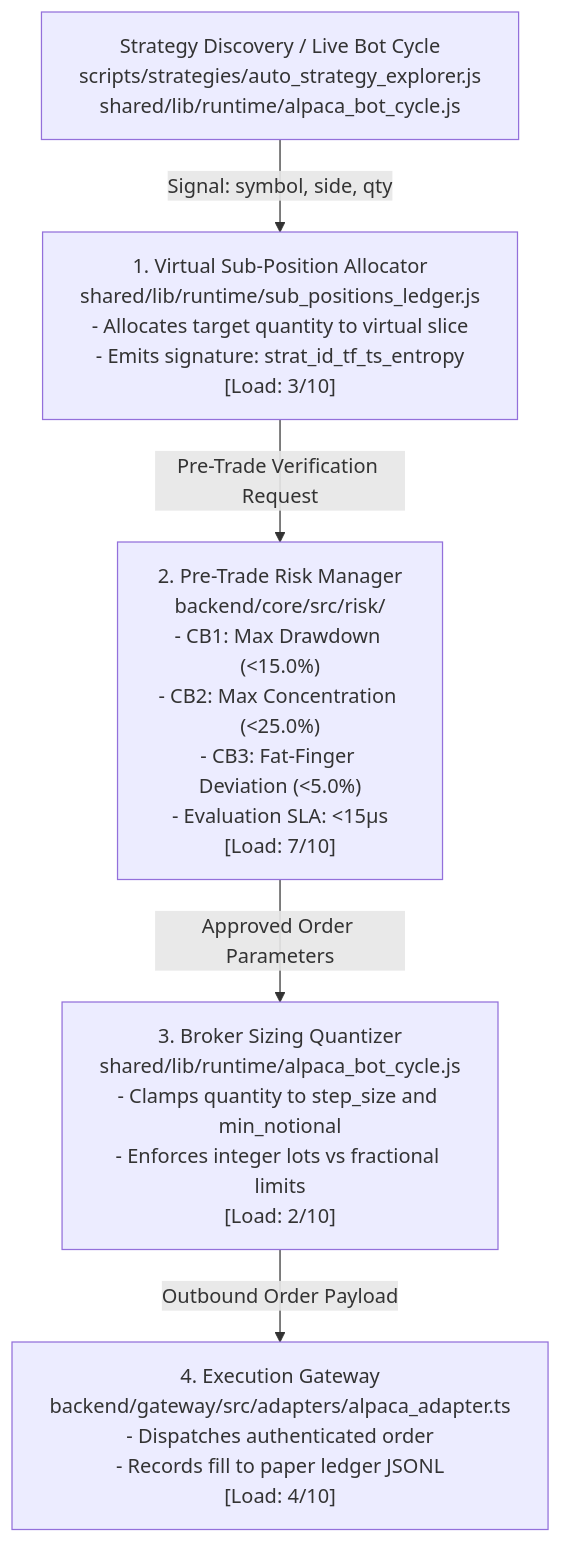
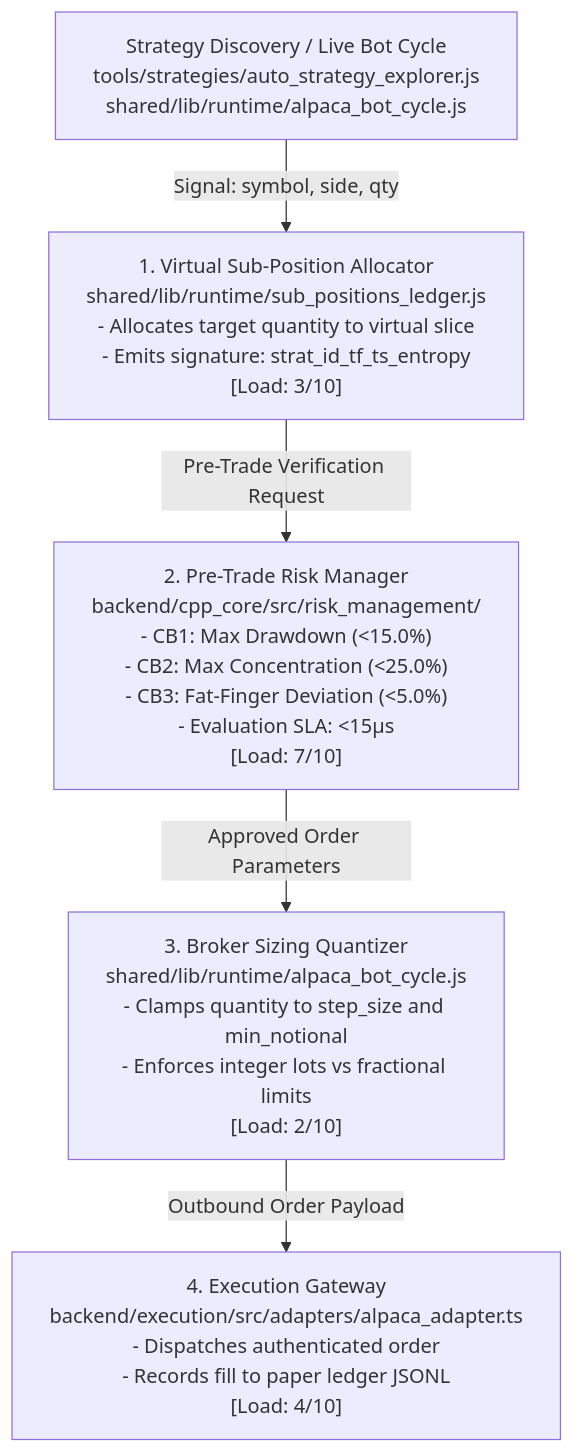
Before and after one commit to vgbn2/personal_finance_draft: the third of 3 diagrams in docs/engineering/architecture/01_ARCHITECTURE_AND_CODEBASE.md, drawn with Mermaid. The commit also changed other lines of this file and 178 other files, not shown here.

First line of the commit message:
fix(core,execution,docs): remediate #70-#76, debloat docs, and enforce contracts

````diff
--- a/docs/engineering/architecture/01_ARCHITECTURE_AND_CODEBASE.md
+++ b/docs/engineering/architecture/01_ARCHITECTURE_AND_CODEBASE.md
@@ -96,13 +96,13 @@
 ```mermaid
 flowchart TD
-    BOT["Strategy Discovery / Live Bot Cycle<br/>scripts/strategies/auto_strategy_explorer.js<br/>shared/lib/runtime/alpaca_bot_cycle.js"]
+    BOT["Strategy Discovery / Live Bot Cycle<br/>tools/strategies/auto_strategy_explorer.js<br/>shared/lib/runtime/alpaca_bot_cycle.js"]
     ALLOC["1. Virtual Sub-Position Allocator<br/>shared/lib/runtime/sub_positions_ledger.js<br/>- Allocates target quantity to virtual slice<br/>- Emits signature: strat_id_tf_ts_entropy<br/>[Load: 3/10]"]
-    RISK["2. Pre-Trade Risk Manager<br/>backend/core/src/risk/<br/>- CB1: Max Drawdown (<15.0%)<br/>- CB2: Max Concentration (<25.0%)<br/>- CB3: Fat-Finger Deviation (<5.0%)<br/>- Evaluation SLA: <15µs<br/>[Load: 7/10]"]
+    RISK["2. Pre-Trade Risk Manager<br/>backend/cpp_core/src/risk_management/<br/>- CB1: Max Drawdown (<15.0%)<br/>- CB2: Max Concentration (<25.0%)<br/>- CB3: Fat-Finger Deviation (<5.0%)<br/>- Evaluation SLA: <15µs<br/>[Load: 7/10]"]
     QUANT["3. Broker Sizing Quantizer<br/>shared/lib/runtime/alpaca_bot_cycle.js<br/>- Clamps quantity to step_size and min_notional<br/>- Enforces integer lots vs fractional limits<br/>[Load: 2/10]"]
-    GATEWAY["4. Execution Gateway<br/>backend/gateway/src/adapters/alpaca_adapter.ts<br/>- Dispatches authenticated order<br/>- Records fill to paper ledger JSONL<br/>[Load: 4/10]"]
+    GATEWAY["4. Execution Gateway<br/>backend/execution/src/adapters/alpaca_adapter.ts<br/>- Dispatches authenticated order<br/>- Records fill to paper ledger JSONL<br/>[Load: 4/10]"]
 
     BOT -->|Signal: symbol, side, qty| ALLOC
     ALLOC -->|Pre-Trade Verification Request| RISK
     RISK -->|Approved Order Parameters| QUANT
     QUANT -->|Outbound Order Payload| GATEWAY
 ```
````
